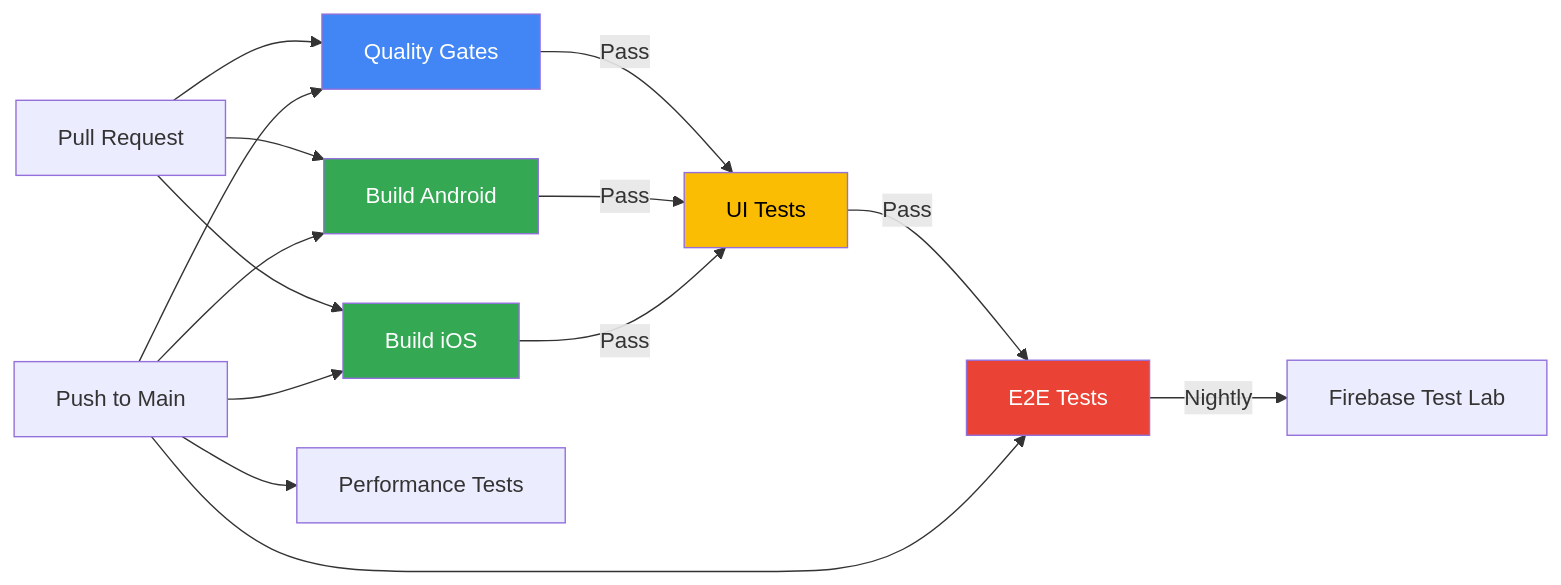
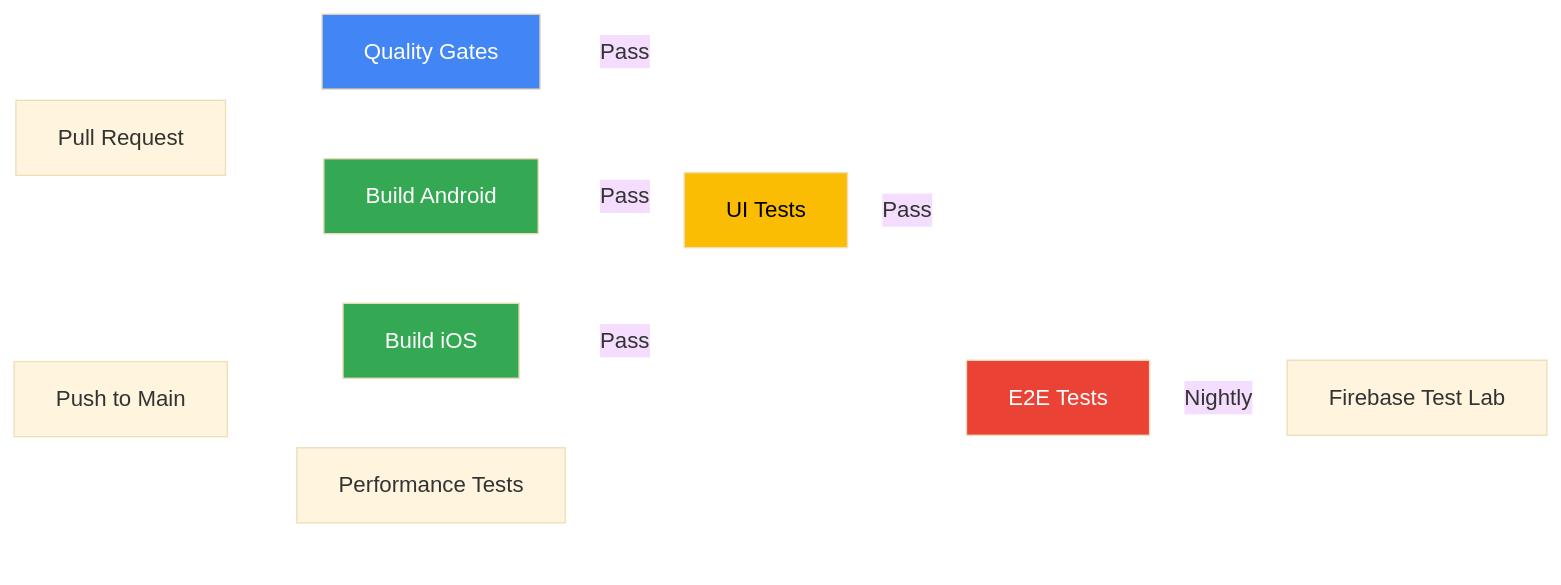
One commit to drwave-www/WorldWideWaves changed the diagram in docs/ci-cd.md. Above: the diagram before and after it, drawn with Mermaid. The commit also changed 5 other files, not shown here.

First line of the commit message:
docs: remove duplicate content and add transparent backgrounds to mermaid diagrams

````diff
--- a/docs/ci-cd.md
+++ b/docs/ci-cd.md
@@ -7,26 +7,27 @@
 ```mermaid
+%%{init: {'theme':'base', 'themeVariables': { 'background':'transparent'}}}%%
 graph LR
     PR[Pull Request] --> QG[Quality Gates]
     PR --> BA[Build Android]
     PR --> BI[Build iOS]
 
     QG --> |Pass| UT[UI Tests]
     BA --> |Pass| UT
     BI --> |Pass| UT
 
     UT --> |Pass| E2E[E2E Tests]
 
     MAIN[Push to Main] --> QG
     MAIN --> BA
     MAIN --> BI
     MAIN --> E2E
     MAIN --> PERF[Performance Tests]
 
     E2E --> |Nightly| FTL[Firebase Test Lab]
 
     style QG fill:#4285f4,color:#fff
     style BA fill:#34a853,color:#fff
     style BI fill:#34a853,color:#fff
     style UT fill:#fbbc04,color:#000
     style E2E fill:#ea4335,color:#fff
 ```
````
